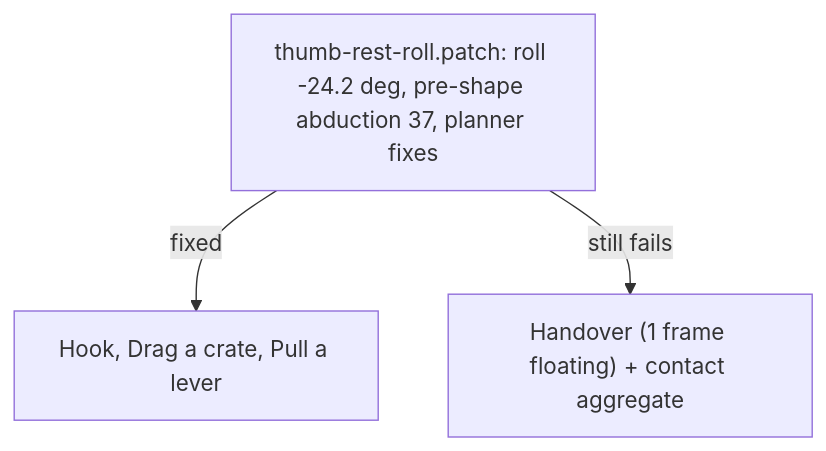
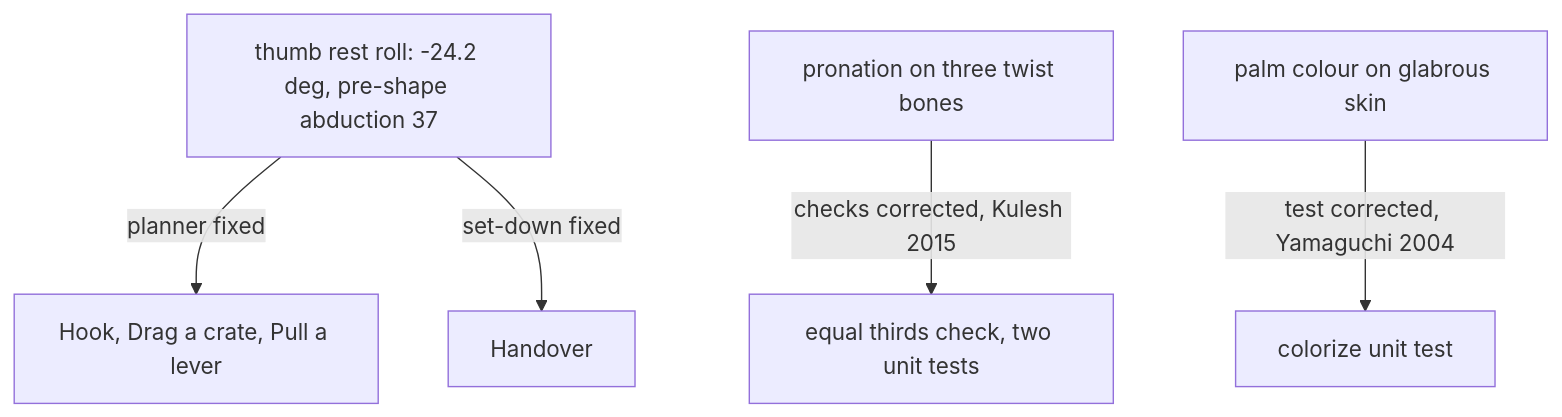
The diagram in docs/HANDS_TWIST_FINDINGS.md (iam25th1/25th-procedural-hands), drawn with Mermaid before and after one commit. The commit also changed other lines of this file and 12 other files, not shown here.

````diff
--- a/docs/HANDS_TWIST_FINDINGS.md
+++ b/docs/HANDS_TWIST_FINDINGS.md
@@ -86,5 +84,7 @@
 ```mermaid
 flowchart TD
-  T["thumb-rest-roll.patch: roll -24.2 deg, pre-shape abduction 37, planner fixes"] -->|fixed| T2["Hook, Drag a crate, Pull a lever"]
-  T -->|still fails| T1["Handover (1 frame floating) + contact aggregate"]
+  T["thumb rest roll: -24.2 deg, pre-shape abduction 37"] -->|planner fixed| T2["Hook, Drag a crate, Pull a lever"]
+  T -->|set-down fixed| T1["Handover"]
+  P["pronation on three twist bones"] -->|checks corrected, Kulesh 2015| P1["equal thirds check, two unit tests"]
+  G["palm colour on glabrous skin"] -->|test corrected, Yamaguchi 2004| G1["colorize unit test"]
 ```
````
